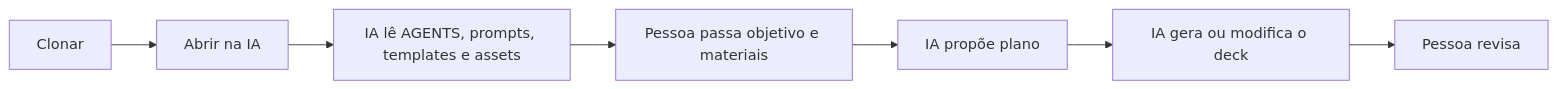
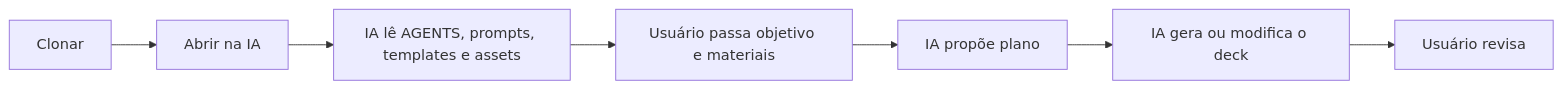
Before and after one commit to ce-bsb/presentation-factory: the diagram in README.md, drawn with Mermaid. The commit also changed other lines of this file and 51 other files, not shown here.

````diff
--- a/README.md
+++ b/README.md
@@ -9,9 +9,9 @@
 ```mermaid
 flowchart LR
     A["Clonar"] --> B["Abrir na IA"]
     B --> C["IA lê AGENTS, prompts, templates e assets"]
-    C --> D["Pessoa passa objetivo e materiais"]
+    C --> D["Usuário passa objetivo e materiais"]
     D --> E["IA propõe plano"]
     E --> F["IA gera ou modifica o deck"]
-    F --> G["Pessoa revisa"]
+    F --> G["Usuário revisa"]
 ```
````
